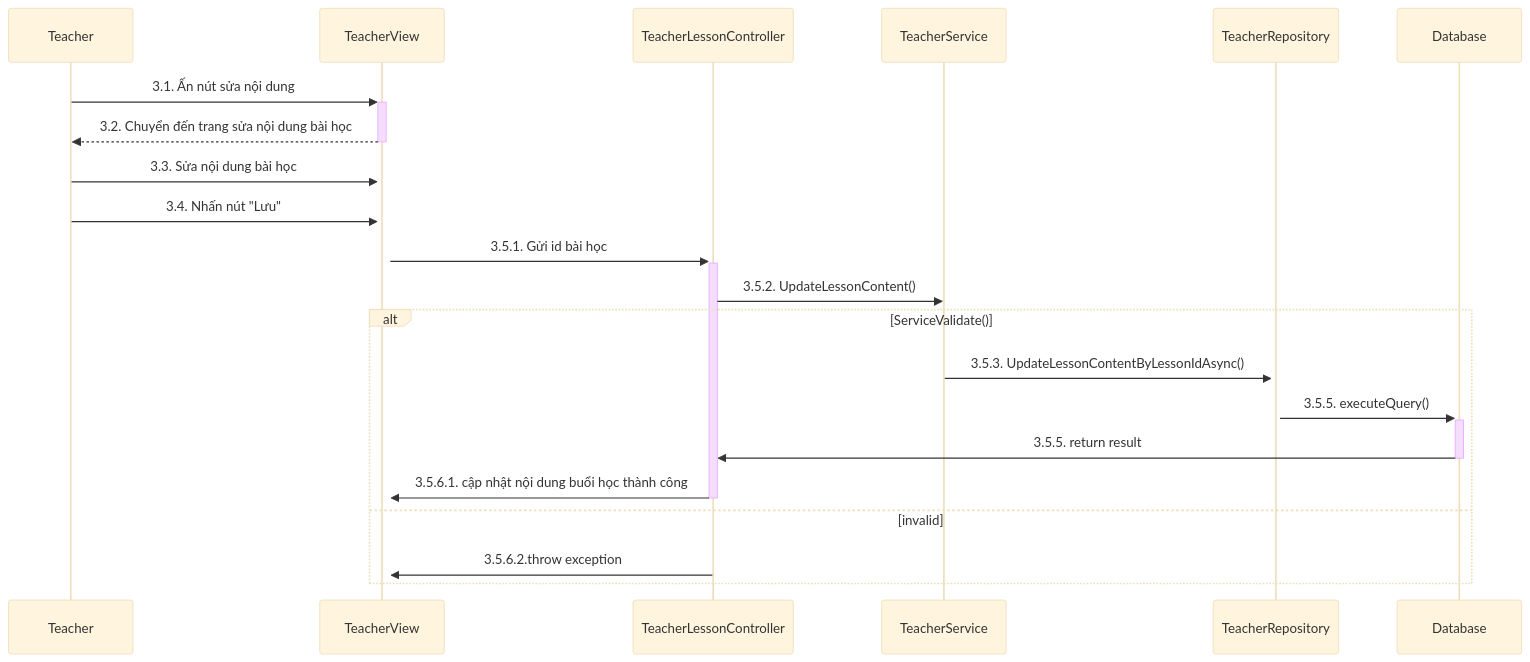
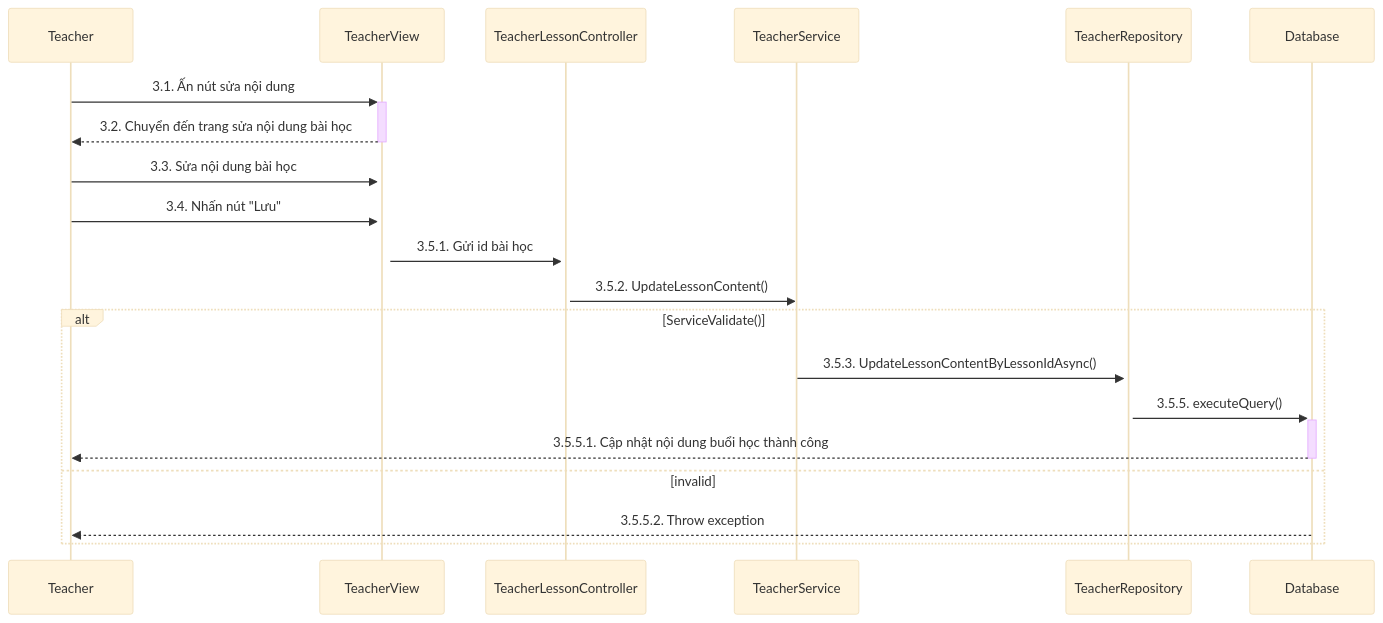
Before and after one commit to LienNTB/sequence-CNPM: the diagram in sequence/teacher/Sequence-1-3.GiangVienCapNhatBuoiHoc.mmd, drawn with Mermaid (base theme). The commit also changed other lines of this file and 9 other files, not shown here.

````diff
--- a/sequence/teacher/Sequence-1-3.GiangVienCapNhatBuoiHoc.mmd
+++ b/sequence/teacher/Sequence-1-3.GiangVienCapNhatBuoiHoc.mmd
@@ -1,25 +1,23 @@
-```mermaid
+
 sequenceDiagram
     participant Teacher
     participant TeacherView
     participant TeacherLessonController
     participant TeacherService
     participant TeacherRepository
     participant Database
 
     Teacher->>+TeacherView: 3.1. Ấn nút sửa nội dung
     TeacherView-->>-Teacher: 3.2. Chuyển đến trang sửa nội dung bài học
     Teacher->>+TeacherView: 3.3. Sửa nội dung bài học
     Teacher->>+TeacherView: 3.4. Nhấn nút "Lưu"
     TeacherView->>+TeacherLessonController: 3.5.1. Gửi id bài học
     TeacherLessonController->>TeacherService: 3.5.2. UpdateLessonContent()
     alt ServiceValidate()
         TeacherService->>+TeacherRepository: 3.5.3. UpdateLessonContentByLessonIdAsync()
         TeacherRepository->>+Database: 3.5.5. executeQuery()
 
-        Database->>-TeacherLessonController: 3.5.5. return result
-        TeacherLessonController->>-TeacherView: 3.5.6.1. cập nhật nội dung buổi học thành công
+        Database-->>-Teacher: 3.5.5.1. Cập nhật nội dung buổi học thành công
     else invalid
-        TeacherLessonController->>TeacherView: 3.5.6.2.throw exception
+        Database-->>Teacher: 3.5.5.2. Throw exception
     end
-```
````
